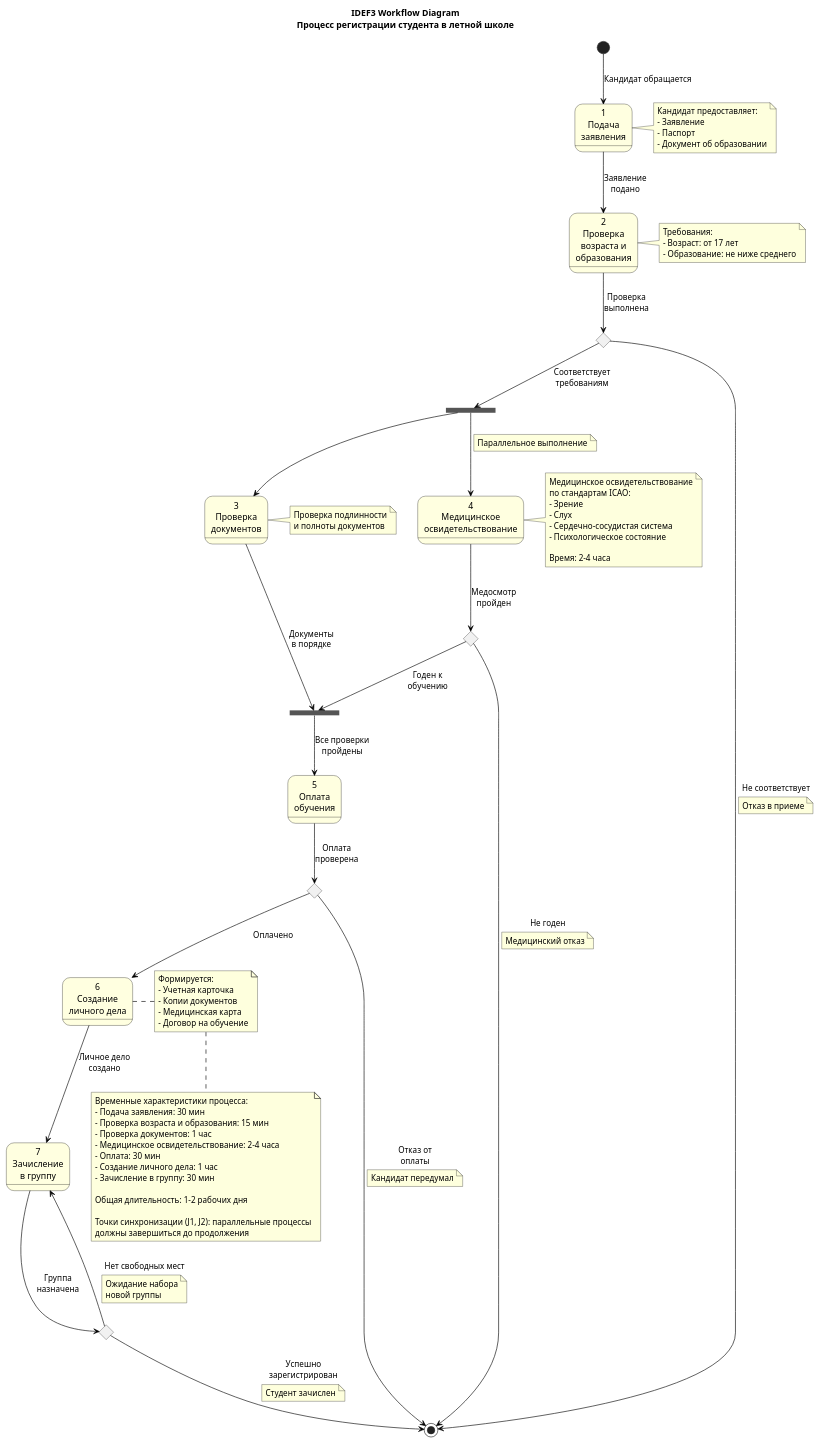
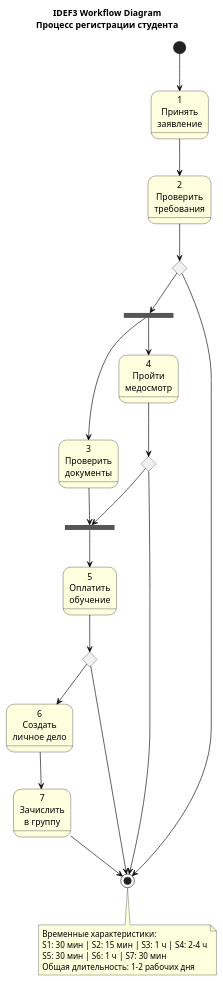
Before and after one commit to oINCLUDEo/Coursework2: the diagram in diagrams/idef3/student_registration_workflow.puml, drawn with PlantUML. The commit also changed 1 other file, not shown here.

Commit message:
Refactor IDEF3 diagrams: use verbs, remove arrow labels, make compact

```diff
--- a/diagrams/idef3/student_registration_workflow.puml
+++ b/diagrams/idef3/student_registration_workflow.puml
@@ -1,130 +1,62 @@
 @startuml IDEF3 Workflow - Процесс регистрации студента
 
-' IDEF3 диаграмма процесса регистрации нового студента
-title IDEF3 Workflow Diagram\nПроцесс регистрации студента в летной школе
+title IDEF3 Workflow Diagram\nПроцесс регистрации студента
 
 skinparam state {
   BackgroundColor LightYellow
   BorderColor Black
   ArrowColor Black
 }
 
-state "1\nПодача\nзаявления" as S1
-state "2\nПроверка\nвозраста и\nобразования" as S2
-state "3\nПроверка\nдокументов" as S3
-state "4\nМедицинское\nосвидетельствование" as S4
-state "5\nОплата\nобучения" as S5
-state "6\nСоздание\nличного дела" as S6
-state "7\nЗачисление\nв группу" as S7
+state "1\nПринять\nзаявление" as S1
+state "2\nПроверить\nтребования" as S2
+state "3\nПроверить\nдокументы" as S3
+state "4\nПройти\nмедосмотр" as S4
+state "5\nОплатить\nобучение" as S5
+state "6\nСоздать\nличное дело" as S6
+state "7\nЗачислить\nв группу" as S7
 
 state decision1 <<choice>>
 state decision2 <<choice>>
 state decision3 <<choice>>
-state decision4 <<choice>>
 state parallel1 <<fork>>
 state parallel2 <<join>>
 
-[*] --> S1 : Кандидат обращается
+[*] --> S1
 
-S1 --> S2 : Заявление\nподано
-note right of S1
-  Кандидат предоставляет:
-  - Заявление
-  - Паспорт
-  - Документ об образовании
-end note
+S1 --> S2
 
-S2 --> decision1 : Проверка\nвыполнена
+S2 --> decision1
 
-decision1 --> parallel1 : Соответствует\nтребованиям
-decision1 --> [*] : Не соответствует
-note on link
-  Отказ в приеме
-end note
-
-note right of S2
-  Требования:
-  - Возраст: от 17 лет
-  - Образование: не ниже среднего
-end note
+decision1 --> parallel1
+decision1 --> [*]
 
 parallel1 --> S3
 parallel1 --> S4
-note on link
-  Параллельное выполнение
-end note
 
-S3 --> parallel2 : Документы\nв порядке
-note right of S3
-  Проверка подлинности
-  и полноты документов
-end note
+S3 --> parallel2
 
-S4 --> decision2 : Медосмотр\nпройден
+S4 --> decision2
 
-decision2 --> parallel2 : Годен к\nобучению
-decision2 --> [*] : Не годен
-note on link
-  Медицинский отказ
-end note
+decision2 --> parallel2
+decision2 --> [*]
 
-note right of S4
-  Медицинское освидетельствование
-  по стандартам ICAO:
-  - Зрение
-  - Слух
-  - Сердечно-сосудистая система
-  - Психологическое состояние
-  
-  Время: 2-4 часа
-end note
+parallel2 --> S5
 
-parallel2 --> S5 : Все проверки\nпройдены
+S5 --> decision3
 
-S5 --> decision3 : Оплата\nпроверена
+decision3 --> S6
+decision3 --> [*]
 
-decision3 --> S6 : Оплачено
-decision3 --> [*] : Отказ от\nоплаты
-note on link
-  Кандидат передумал
-end note
+S6 --> S7
 
-S6 --> S7 : Личное дело\nсоздано
-note right of S6
-  Формируется:
-  - Учетная карточка
-  - Копии документов
-  - Медицинская карта
-  - Договор на обучение
-end note
-
-S7 --> decision4 : Группа\nназначена
-
-decision4 --> [*] : Успешно\nзарегистрирован
-note on link
-  Студент зачислен
-end note
-
-decision4 --> S7 : Нет свободных мест
-note on link
-  Ожидание набора
-  новой группы
-end note
+S7 --> [*]
 
 note bottom
-  Временные характеристики процесса:
-  - Подача заявления: 30 мин
-  - Проверка возраста и образования: 15 мин
-  - Проверка документов: 1 час
-  - Медицинское освидетельствование: 2-4 часа
-  - Оплата: 30 мин
-  - Создание личного дела: 1 час
-  - Зачисление в группу: 30 мин
-  
+  Временные характеристики:
+  S1: 30 мин | S2: 15 мин | S3: 1 ч | S4: 2-4 ч
+  S5: 30 мин | S6: 1 ч | S7: 30 мин
   Общая длительность: 1-2 рабочих дня
-  
-  Точки синхронизации (J1, J2): параллельные процессы
-  должны завершиться до продолжения
 end note
 
 @enduml
```
